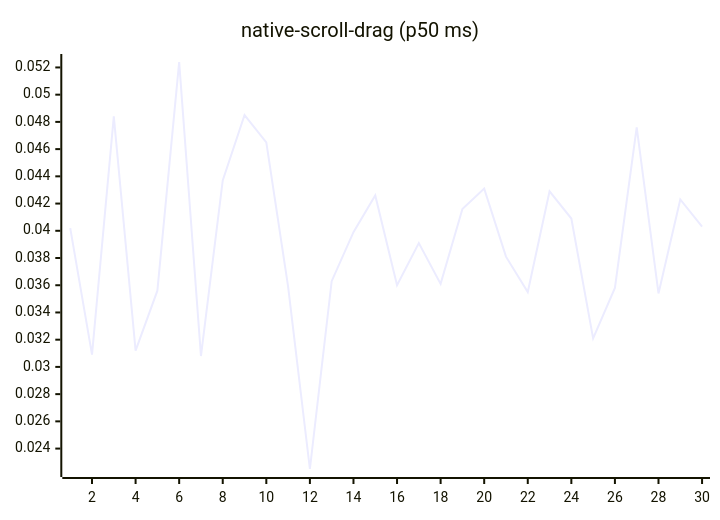
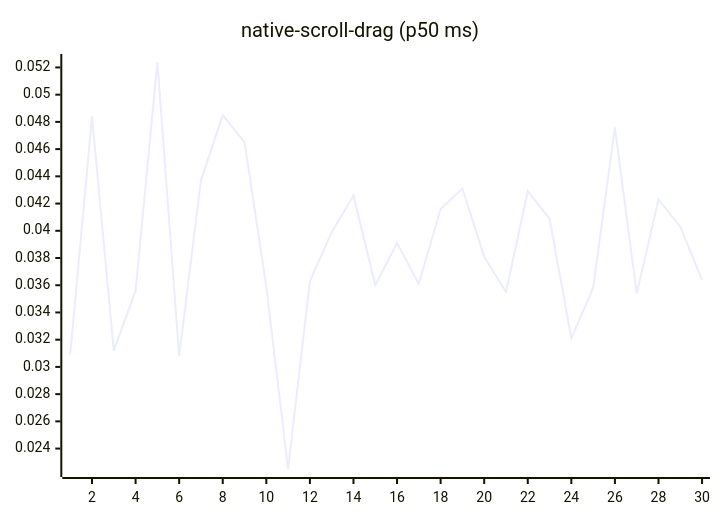
Diagram 14 of 27 in README.md (josha/Facet), drawn with Mermaid before and after one commit. The commit also changed other lines of this file and 2 other files, not shown here.

````diff
--- a/README.md
+++ b/README.md
@@ -154,6 +154,6 @@
 ```mermaid
 xychart-beta
     title "native-scroll-drag (p50 ms)"
     x-axis 1 --> 30
-    line [0.0402, 0.0309, 0.0484, 0.0312, 0.0356, 0.0524, 0.0308, 0.0437, 0.0485, 0.0465, 0.0359, 0.0225, 0.0363, 0.0399, 0.0426, 0.0360, 0.0391, 0.0361, 0.0416, 0.0431, 0.0381, 0.0355, 0.0429, 0.0409, 0.0321, 0.0358, 0.0476, 0.0354, 0.0423, 0.0403]
+    line [0.0309, 0.0484, 0.0312, 0.0356, 0.0524, 0.0308, 0.0437, 0.0485, 0.0465, 0.0359, 0.0225, 0.0363, 0.0399, 0.0426, 0.0360, 0.0391, 0.0361, 0.0416, 0.0431, 0.0381, 0.0355, 0.0429, 0.0409, 0.0321, 0.0358, 0.0476, 0.0354, 0.0423, 0.0403, 0.0364]
 ```
````
